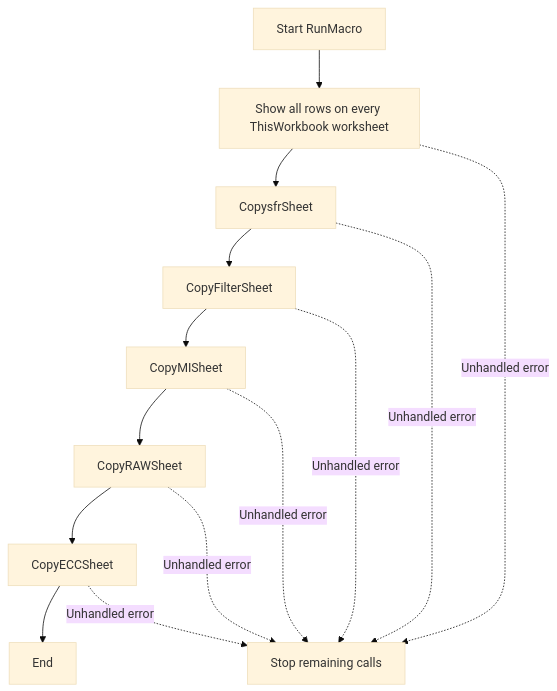
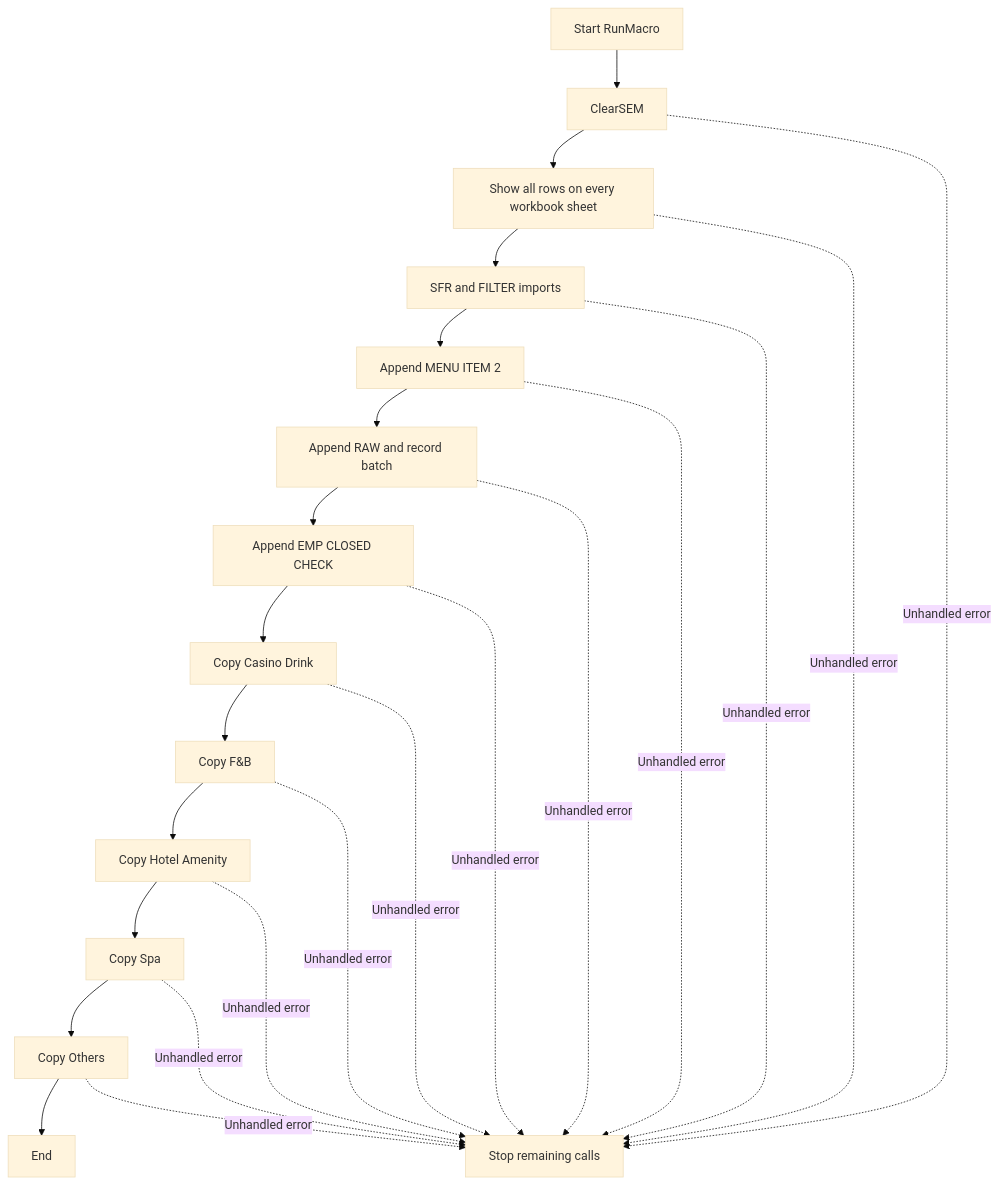
One commit to moonstarph23/Common-Script changed the second of 15 diagrams in Other Comps/VBA_DOCUMENTATION.md. Above: the diagram before and after it, drawn with Mermaid (base theme). The commit also changed other lines of this file and 2 other files, not shown here.

Commit message:
Unify VBA processing under RunMacro

````diff
--- a/Other Comps/VBA_DOCUMENTATION.md
+++ b/Other Comps/VBA_DOCUMENTATION.md
@@ -125,16 +127,26 @@
 ```mermaid
 flowchart TD
-    A["Start RunMacro"] --> B["Show all rows on every ThisWorkbook worksheet"]
-    B --> C["CopysfrSheet"]
-    C --> D["CopyFilterSheet"]
-    D --> E["CopyMISheet"]
-    E --> F["CopyRAWSheet"]
-    F --> G["CopyECCSheet"]
-    G --> H["End"]
+    A["Start RunMacro"] --> B["ClearSEM"]
+    B --> C["Show all rows on every workbook sheet"]
+    C --> D["SFR and FILTER imports"]
+    D --> E["Append MENU ITEM 2"]
+    E --> F["Append RAW and record batch"]
+    F --> G["Append EMP CLOSED CHECK"]
+    G --> H["Copy Casino Drink"]
+    H --> I["Copy F&B"]
+    I --> J["Copy Hotel Amenity"]
+    J --> K["Copy Spa"]
+    K --> L["Copy Others"]
+    L --> M["End"]
     B -. "Unhandled error" .-> X["Stop remaining calls"]
     C -. "Unhandled error" .-> X
     D -. "Unhandled error" .-> X
     E -. "Unhandled error" .-> X
     F -. "Unhandled error" .-> X
     G -. "Unhandled error" .-> X
+    H -. "Unhandled error" .-> X
+    I -. "Unhandled error" .-> X
+    J -. "Unhandled error" .-> X
+    K -. "Unhandled error" .-> X
+    L -. "Unhandled error" .-> X
 ```
````
